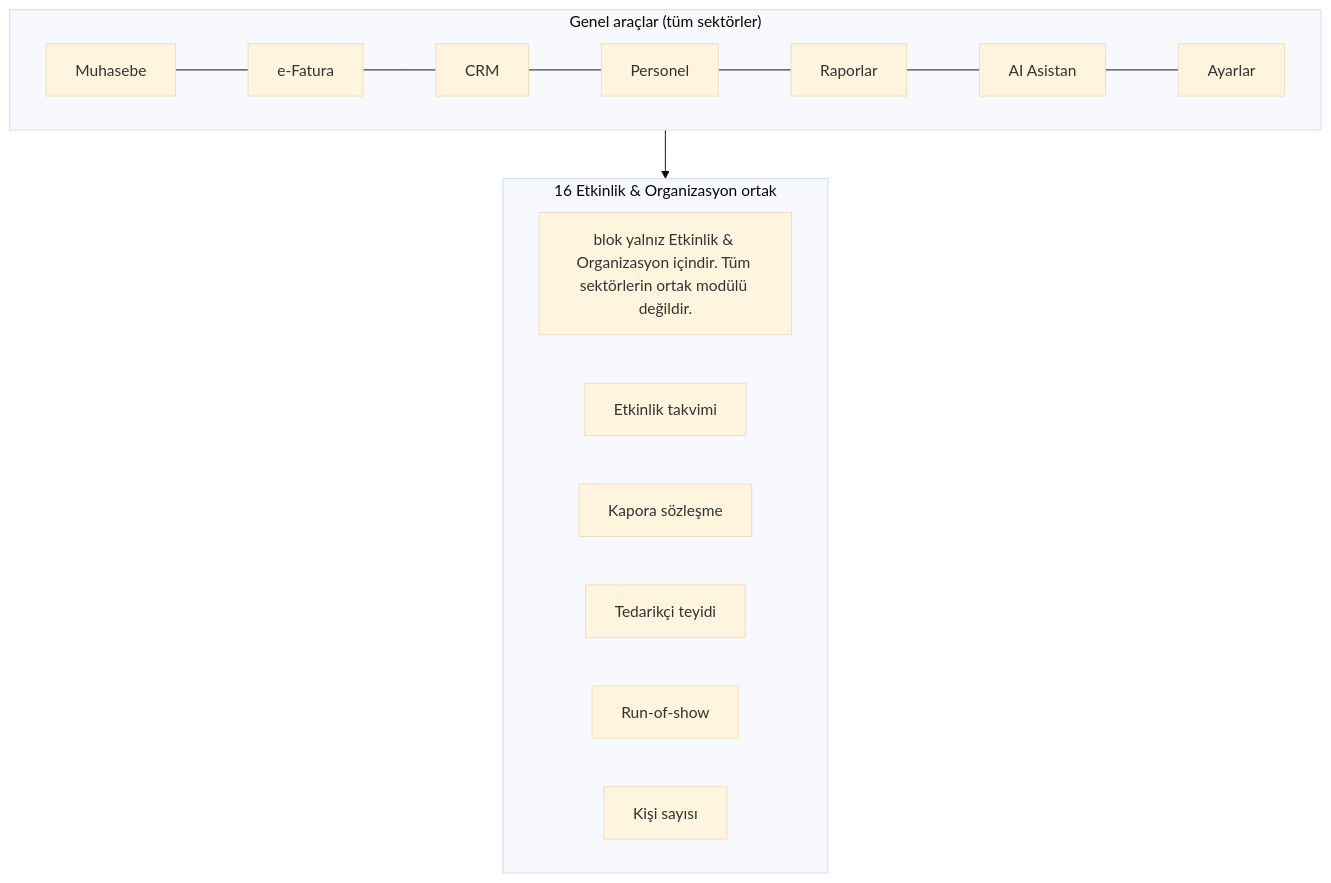
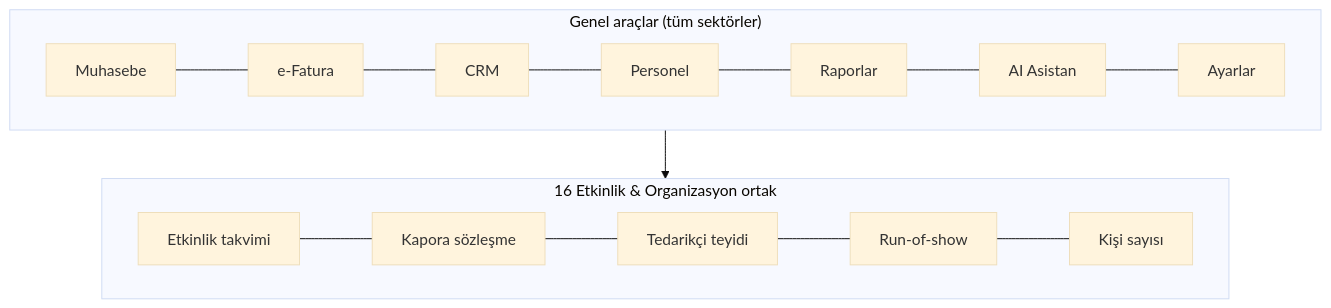
The second of 2 diagrams in 01 Sektörler/16 Etkinlik & Organizasyon.md (sametkarabulut-dev/xfuturepos-v2), drawn with Mermaid (base theme) before and after one commit. The commit also changed other lines of this file and 823 other files, not shown here.

````diff
--- a/01 Sektörler/16 Etkinlik & Organizasyon.md
+++ b/01 Sektörler/16 Etkinlik & Organizasyon.md
@@ -68,15 +58,10 @@
 ```mermaid
 flowchart TB
   subgraph GEN["Genel araçlar (tüm sektörler)"]
     G1[Muhasebe] --- G2[e-Fatura] --- G3[CRM] --- G4[Personel] --- G5[Raporlar] --- G6[AI Asistan] --- G7[Ayarlar]
   end
   subgraph OZEL["16 Etkinlik & Organizasyon ortak"]
-    O1[blok yalnız Etkinlik & Organizasyon içindir. Tüm sektörlerin ortak modülü değildir.]
-    O2[Etkinlik takvimi]
-    O3[Kapora sözleşme]
-    O4[Tedarikçi teyidi]
-    O5[Run-of-show]
-    O6[Kişi sayısı]
+    O1[Etkinlik takvimi] --- O2[Kapora sözleşme] --- O3[Tedarikçi teyidi] --- O4[Run-of-show] --- O5[Kişi sayısı]
   end
   GEN --> OZEL
 ```
````
